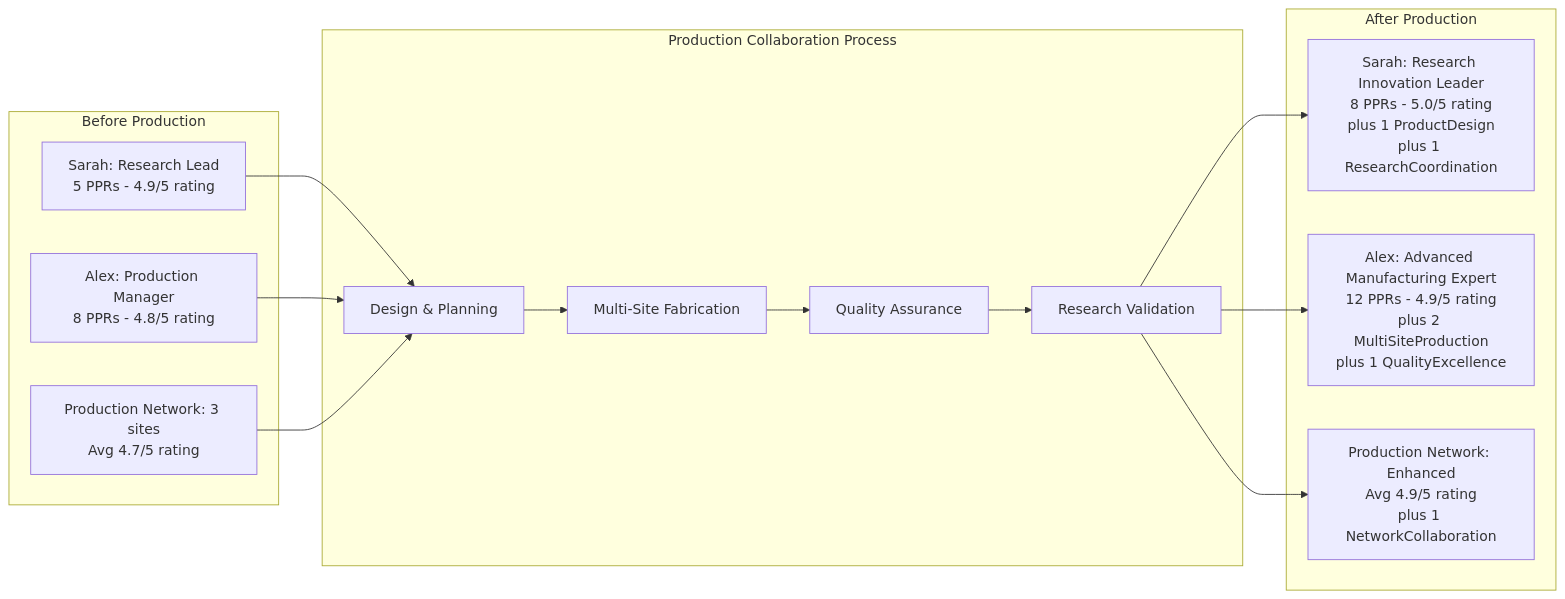
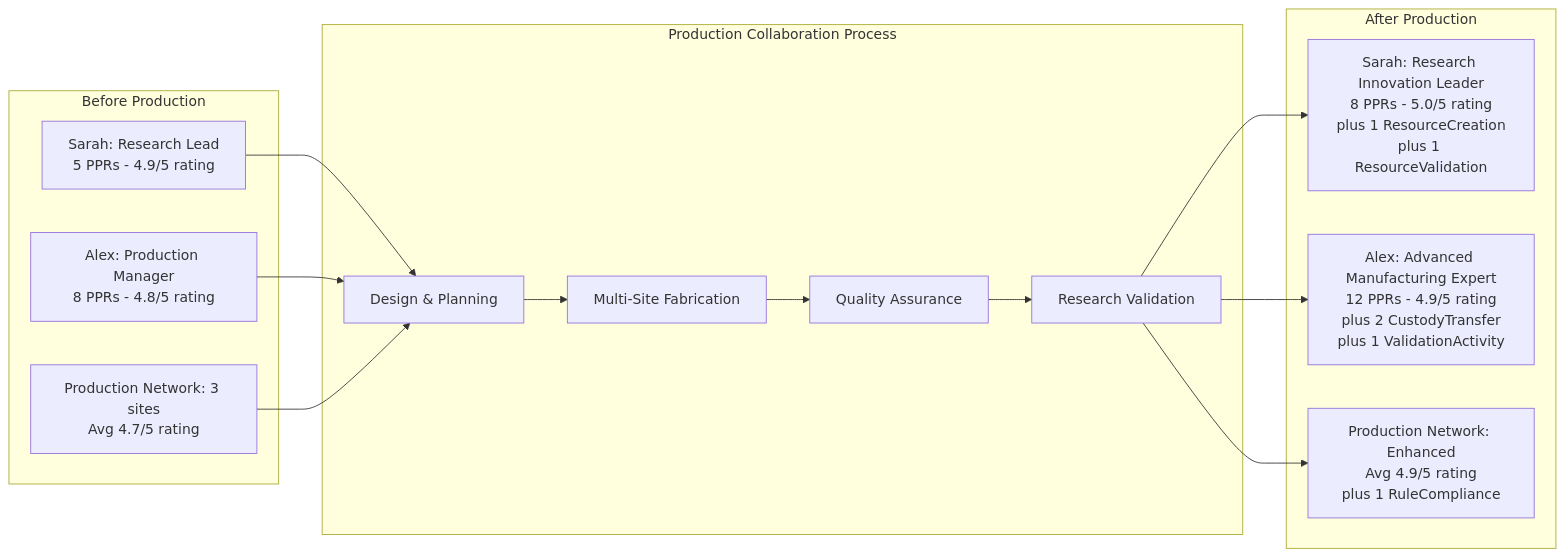
The seventh of 9 diagrams in documentation/Applications/user-story/user-story-material-peer-production.md (Sensorica/nondominium), drawn with Mermaid before and after one commit. The commit also changed other lines of this file and 99 other files, not shown here.

````diff
--- a/documentation/Applications/user-story/user-story-material-peer-production.md
+++ b/documentation/Applications/user-story/user-story-material-peer-production.md
@@ -295,32 +317,32 @@
 ```mermaid
 graph LR
     subgraph "Before Production"
         Sarah_Before["Sarah: Research Lead<br/>5 PPRs - 4.9/5 rating"]
         Alex_Before["Alex: Production Manager<br/>8 PPRs - 4.8/5 rating"]
         Network_Before["Production Network: 3 sites<br/>Avg 4.7/5 rating"]
     end
 
     subgraph "Production Collaboration Process"
         Phase1[Design & Planning]
         Phase2[Multi-Site Fabrication]
         Phase3[Quality Assurance]
         Phase4[Research Validation]
 
         Phase1 --> Phase2
         Phase2 --> Phase3
         Phase3 --> Phase4
     end
 
     subgraph "After Production"
-        Sarah_After["Sarah: Research Innovation Leader<br/>8 PPRs - 5.0/5 rating<br/>plus 1 ProductDesign<br/>plus 1 ResearchCoordination"]
-        Alex_After["Alex: Advanced Manufacturing Expert<br/>12 PPRs - 4.9/5 rating<br/>plus 2 MultiSiteProduction<br/>plus 1 QualityExcellence"]
-        Network_After["Production Network: Enhanced<br/>Avg 4.9/5 rating<br/>plus 1 NetworkCollaboration"]
+        Sarah_After["Sarah: Research Innovation Leader<br/>8 PPRs - 5.0/5 rating<br/>plus 1 ResourceCreation<br/>plus 1 ResourceValidation"]
+        Alex_After["Alex: Advanced Manufacturing Expert<br/>12 PPRs - 4.9/5 rating<br/>plus 2 CustodyTransfer<br/>plus 1 ValidationActivity"]
+        Network_After["Production Network: Enhanced<br/>Avg 4.9/5 rating<br/>plus 1 RuleCompliance"]
     end
 
     Sarah_Before --> Phase1
     Alex_Before --> Phase1
     Network_Before --> Phase1
     Phase4 --> Sarah_After
     Phase4 --> Alex_After
     Phase4 --> Network_After
 ```
````
